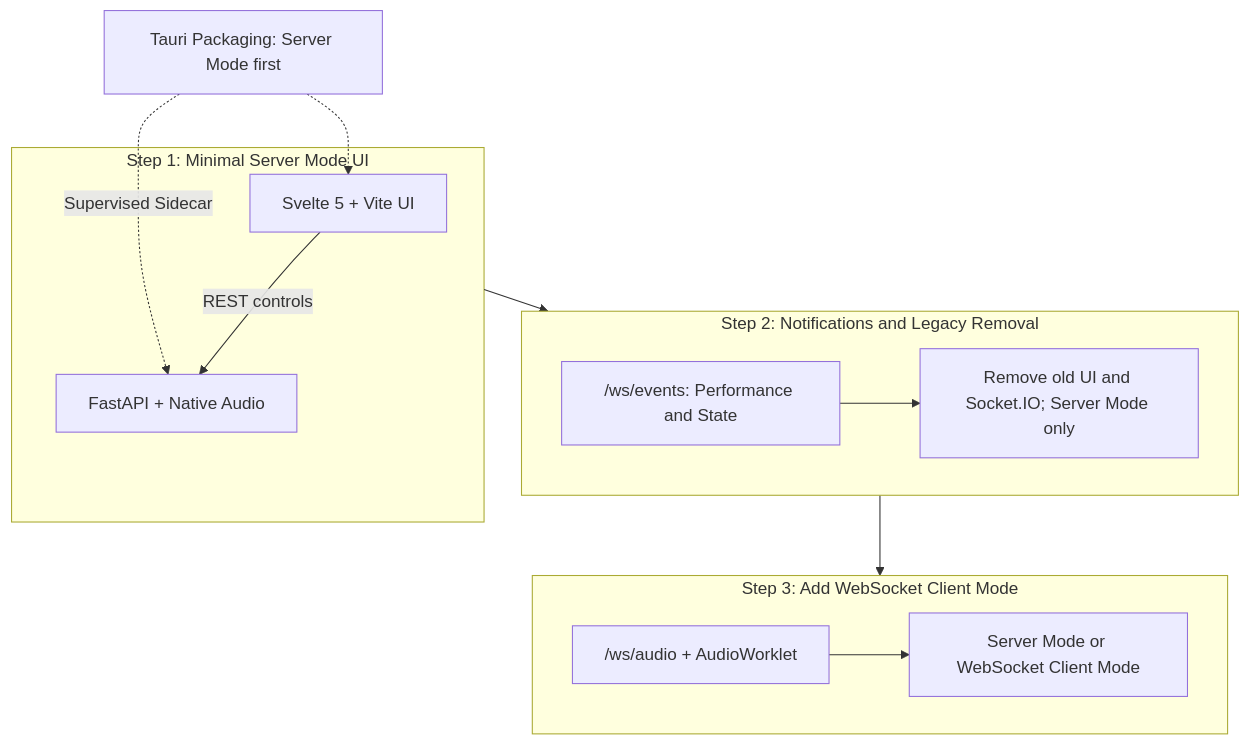
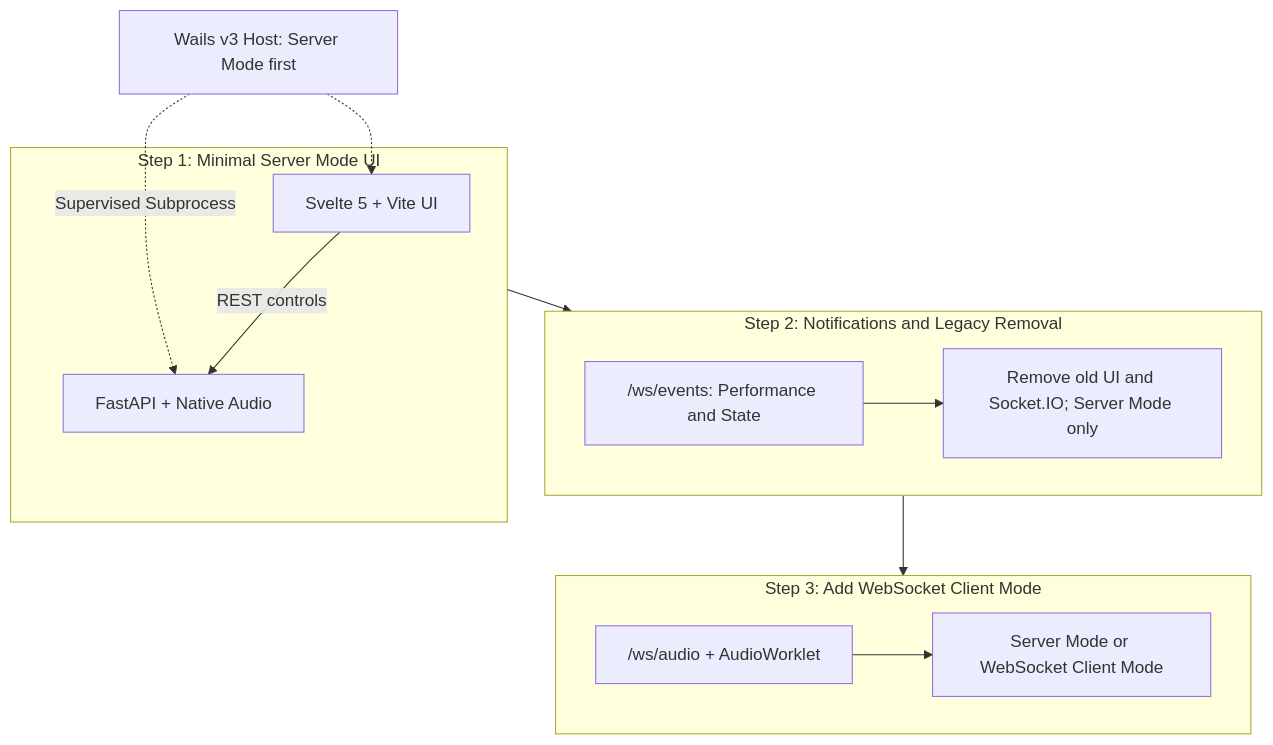
One commit to Maki-Daisuke/vcclient-forge changed the diagram in okf/frontend-architecture-and-roadmap.md. Above: the diagram before and after it, drawn with Mermaid. The commit also changed other lines of this file and 13 other files, not shown here.

````diff
--- a/okf/frontend-architecture-and-roadmap.md
+++ b/okf/frontend-architecture-and-roadmap.md
@@ -155,22 +155,22 @@
 ```mermaid
 flowchart TD
    subgraph S1["Step 1: Minimal Server Mode UI"]
       FE["Svelte 5 + Vite UI"]
       FE -->|"REST controls"| B1["FastAPI + Native Audio"]
     end
 
    subgraph S2["Step 2: Notifications and Legacy Removal"]
       EVT["/ws/events: Performance and State"]
       CLEAN["Remove old UI and Socket.IO; Server Mode only"]
       EVT --> CLEAN
     end
 
    subgraph S3["Step 3: Add WebSocket Client Mode"]
       PWS["/ws/audio + AudioWorklet"]
       PWS --> MODES["Server Mode or WebSocket Client Mode"]
     end
 
    S1 --> S2 --> S3
-   TAURI["Tauri Packaging: Server Mode first"] -.-> FE
-   TAURI -.->|"Supervised Sidecar"| B1
+   WAILS["Wails v3 Host: Server Mode first"] -.-> FE
+   WAILS -.->|"Supervised Subprocess"| B1
 ```
````
